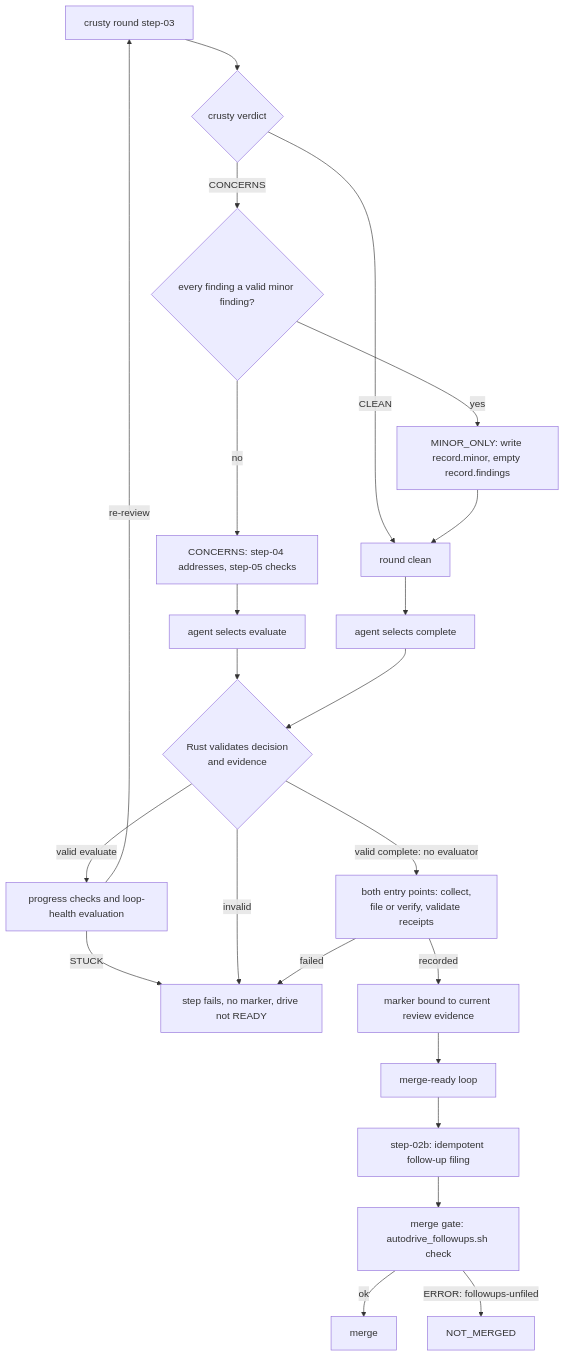
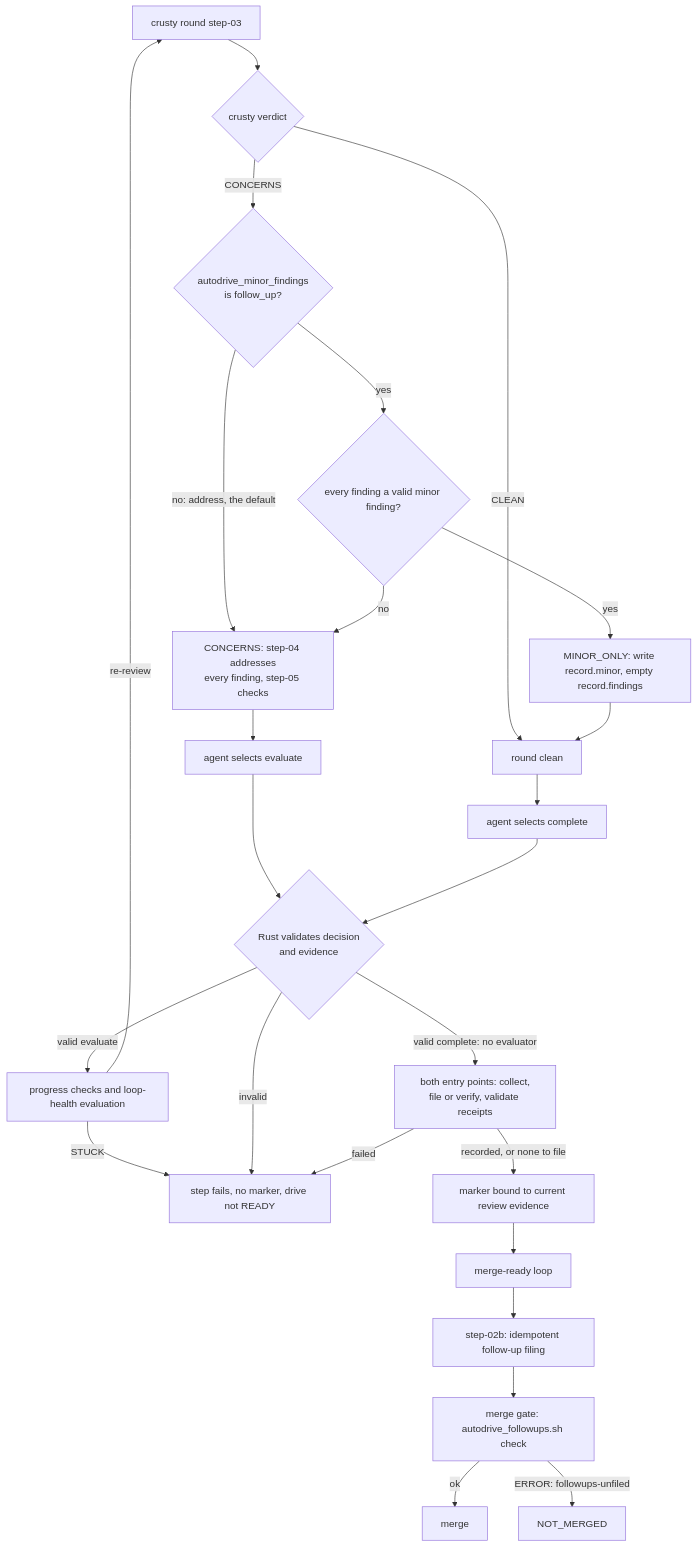
One commit to rysweet/amplihack-rs changed the diagram in docs/reference/auto-drive-to-merge.md. Above: the diagram before and after it, drawn with Mermaid. The commit also changed other lines of this file and 20 other files, not shown here.

````diff
--- a/docs/reference/auto-drive-to-merge.md
+++ b/docs/reference/auto-drive-to-merge.md
@@ -961,25 +1053,27 @@
 ```mermaid
 flowchart TD
     R[crusty round step-03] --> V{crusty verdict}
     V -->|CLEAN| C[round clean]
-    V -->|CONCERNS| K{every finding a valid minor finding?}
-    K -->|no| A[CONCERNS: step-04 addresses, step-05 checks]
+    V -->|CONCERNS| S{autodrive_minor_findings<br/>is follow_up?}
+    S -->|no: address, the default| A[CONCERNS: step-04 addresses<br/>every finding, step-05 checks]
+    S -->|yes| K{every finding a valid minor finding?}
+    K -->|no| A
     K -->|yes| M[MINOR_ONLY: write record.minor, empty record.findings]
     M --> C
     A --> Q[agent selects evaluate]
     Q --> DV{Rust validates decision<br/>and evidence}
     DV -->|valid evaluate| H[progress checks and loop-health evaluation]
     H -->|re-review| R
     H -->|STUCK| X
     C --> L[agent selects complete]
     L --> DV
     DV -->|invalid| X
     DV -->|valid complete: no evaluator| P[both entry points: collect,<br/>file or verify, validate receipts]
-    P -->|recorded| MK[marker bound to current review evidence]
+    P -->|recorded, or none to file| MK[marker bound to current review evidence]
     P -->|failed| X[step fails, no marker, drive not READY]
     MK --> ML[merge-ready loop]
     ML --> F2[step-02b: idempotent follow-up filing]
     F2 --> G[merge gate: autodrive_followups.sh check]
     G -->|ok| MG[merge]
     G -->|ERROR: followups-unfiled| NM[NOT_MERGED]
 ```
````
